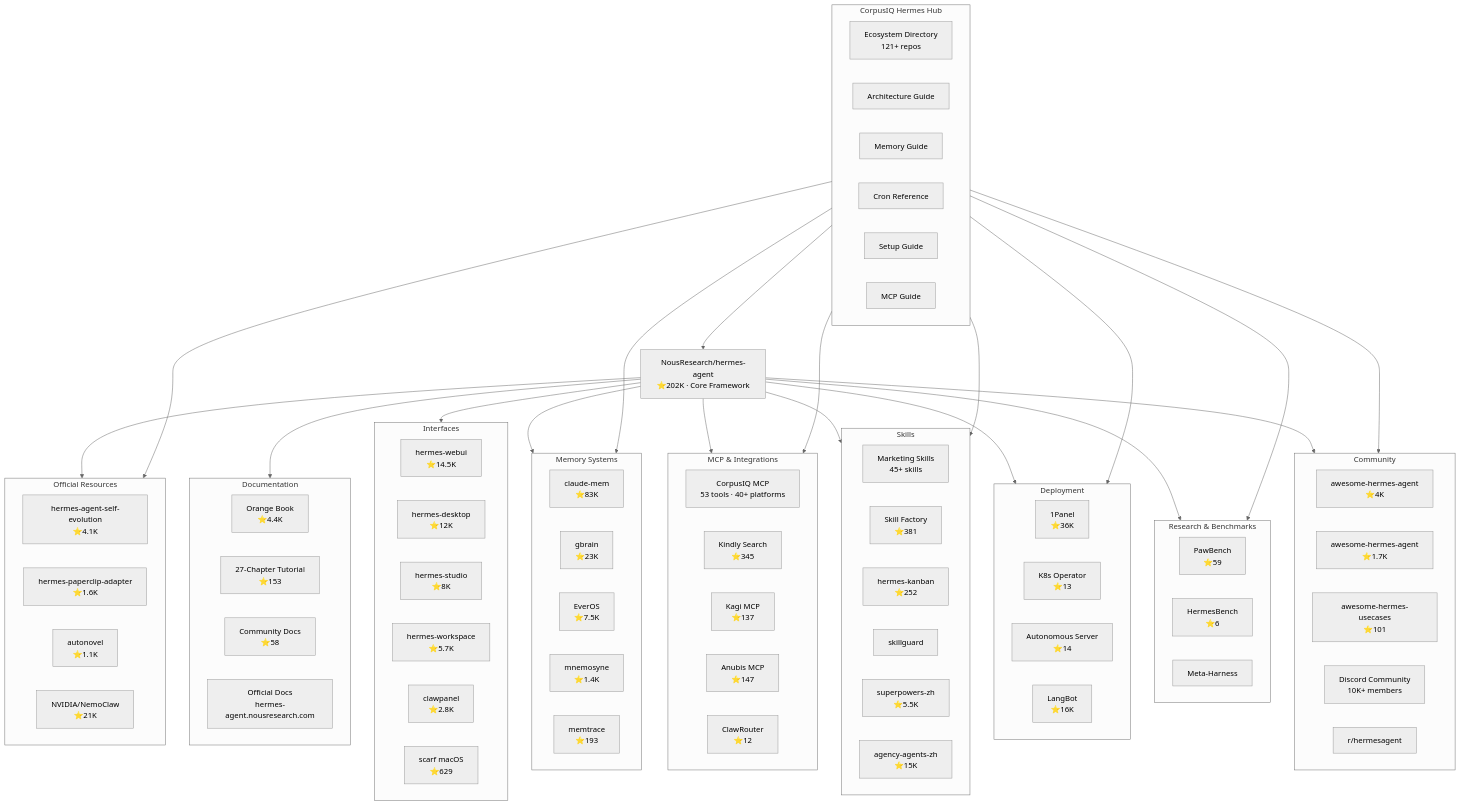
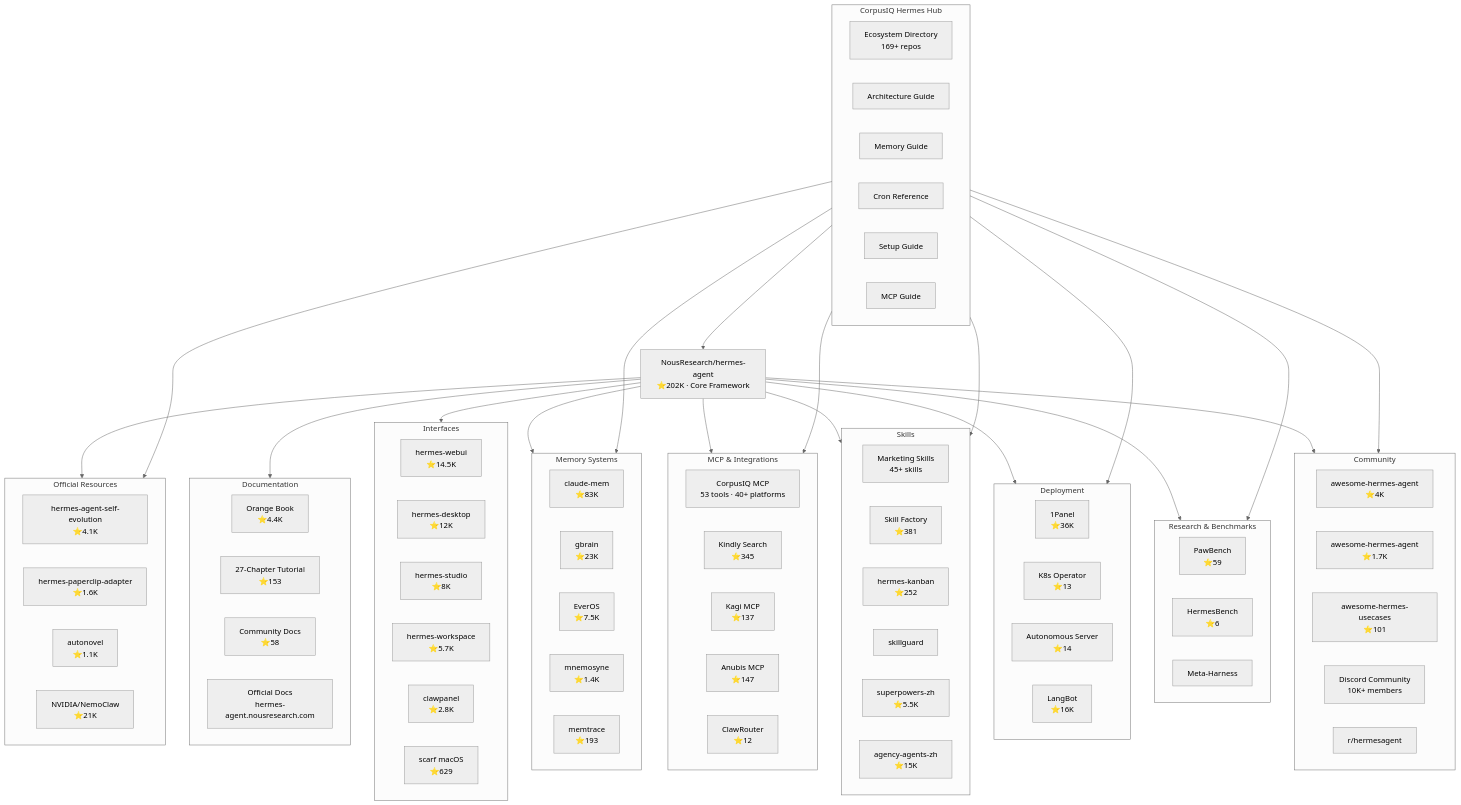
Before and after one commit to CorpusIQ/corpusiq-docs: the first of 4 diagrams in hermes/ecosystem-map.md, drawn with Mermaid (neutral theme). The commit also changed other lines of this file and 8 other files, not shown here.

Commit message:
ecosystem: nightly discovery update - 2 new repos approved

```diff
--- a/hermes/ecosystem-map.md
+++ b/hermes/ecosystem-map.md
@@ -88,7 +88,7 @@
     end
 
     subgraph CORPUSIQ_HUB[CorpusIQ Hermes Hub]
-        ECOSYSTEM[Ecosystem Directory<br/>121+ repos]
+        ECOSYSTEM[Ecosystem Directory<br/>169+ repos]
         ARCHITECTURE[Architecture Guide]
         KNOWLEDGE[Memory Guide]
         CRONS[Cron Reference]
```
